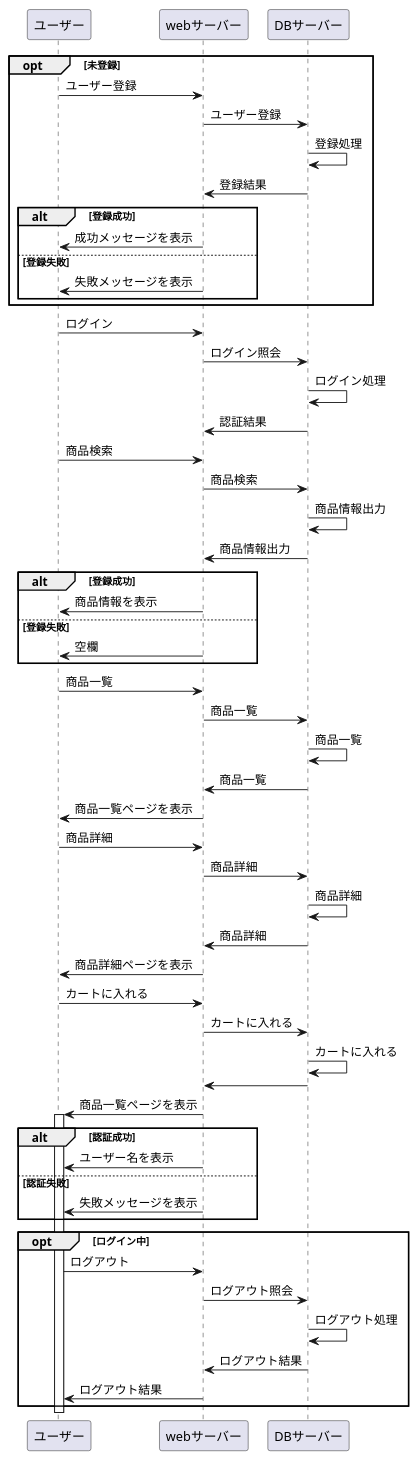
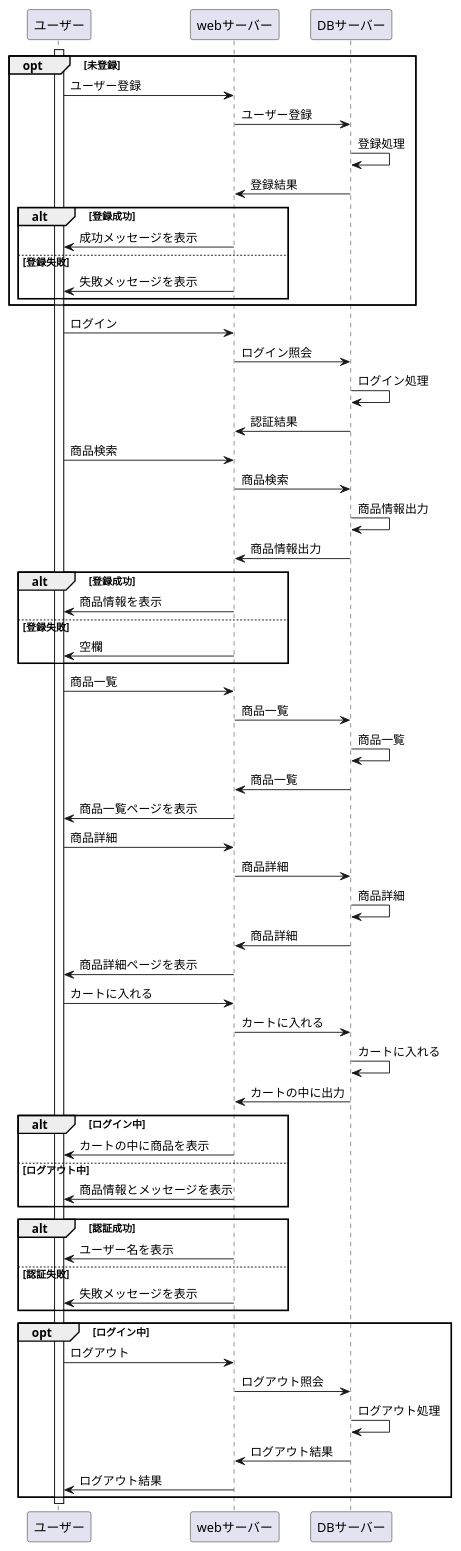
Before and after one commit to Aso2001219/2021sys-design: the diagram in kinouichiran03.md, drawn with PlantUML.

````diff
--- a/kinouichiran03.md
+++ b/kinouichiran03.md
@@ -1,69 +1,73 @@
 ```uml
 
 @startuml
 opt 未登録
 ユーザー -> webサーバー : ユーザー登録
 webサーバー -> DBサーバー : ユーザー登録
 DBサーバー -> DBサーバー : 登録処理
 DBサーバー -> webサーバー : 登録結果
 
 alt 登録成功
 webサーバー -> ユーザー : 成功メッセージを表示
 else 登録失敗
 webサーバー -> ユーザー : 失敗メッセージを表示
 
 end
 end
 
 
 ユーザー -> webサーバー : ログイン
 webサーバー -> DBサーバー : ログイン照会
 DBサーバー -> DBサーバー : ログイン処理
 DBサーバー -> webサーバー : 認証結果
 
 ユーザー -> webサーバー : 商品検索
 webサーバー -> DBサーバー : 商品検索
 DBサーバー -> DBサーバー : 商品情報出力
 DBサーバー -> webサーバー : 商品情報出力
 alt 登録成功
 webサーバー -> ユーザー : 商品情報を表示
 else 登録失敗
 webサーバー -> ユーザー : 空欄
 end
 
 ユーザー -> webサーバー : 商品一覧
 webサーバー -> DBサーバー : 商品一覧
 DBサーバー -> DBサーバー : 商品一覧
 DBサーバー -> webサーバー : 商品一覧
 webサーバー -> ユーザー : 商品一覧ページを表示
 
 ユーザー -> webサーバー : 商品詳細
 webサーバー -> DBサーバー : 商品詳細
 DBサーバー -> DBサーバー : 商品詳細
 DBサーバー -> webサーバー : 商品詳細
 webサーバー -> ユーザー : 商品詳細ページを表示
 
 ユーザー -> webサーバー : カートに入れる
 webサーバー -> DBサーバー : カートに入れる
 DBサーバー -> DBサーバー : カートに入れる
-DBサーバー -> webサーバー : 
-webサーバー -> ユーザー : 商品一覧ページを表示
+DBサーバー -> webサーバー : カートの中に出力
+alt ログイン中
+webサーバー -> ユーザー : カートの中に商品を表示
+else ログアウト中
+webサーバー -> ユーザー : 商品情報とメッセージを表示
+end
 
 activate ユーザー
 alt 認証成功
 webサーバー -> ユーザー : ユーザー名を表示
 else 認証失敗
 webサーバー -> ユーザー : 失敗メッセージを表示
 end
 opt ログイン中
 ユーザー -> webサーバー : ログアウト
 webサーバー -> DBサーバー : ログアウト照会
 DBサーバー -> DBサーバー : ログアウト処理
 DBサーバー -> webサーバー : ログアウト結果
 webサーバー -> ユーザー : ログアウト結果
 end
 
 deactivate ユーザー
 @enduml
 
 ```
````
